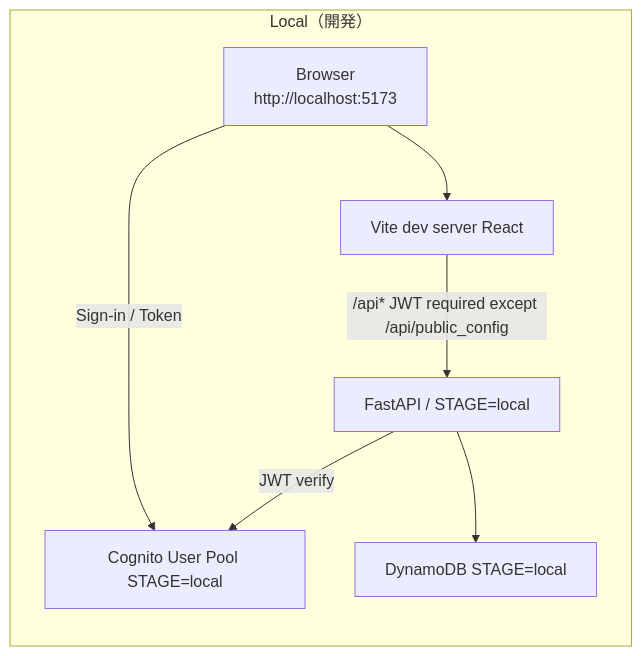
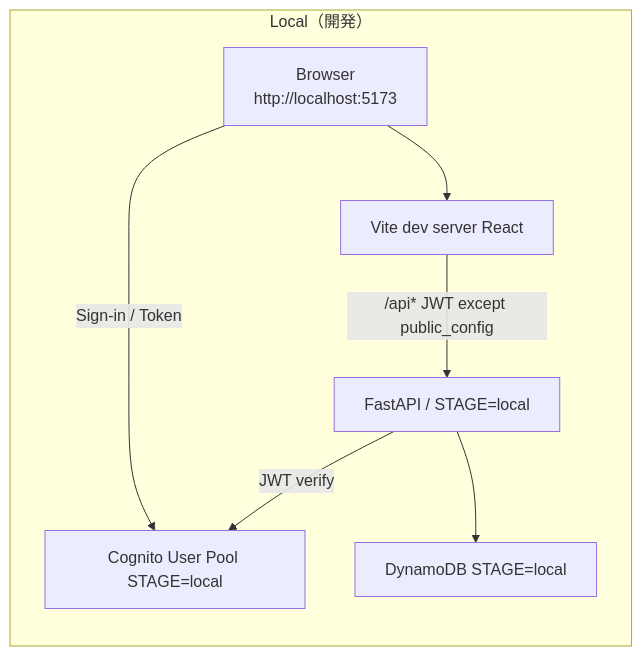
One commit to satoshi999/aws-minimal-serverless-template changed the first of 2 diagrams in README.md. Above: the diagram before and after it, drawn with Mermaid. The commit also changed other lines of this file, not shown here.

First line of the commit message:
Clarify IAM permissions and JWT requirements in README

````diff
--- a/README.md
+++ b/README.md
@@ -120,12 +122,12 @@
 ```mermaid
 flowchart LR
   subgraph Local[Local（開発）]
     B[Browser<br/>http://localhost:5173] --> V[Vite dev server React]
-    V -->|/api* JWT required except /api/public_config| A[FastAPI / STAGE=local]
+    V -->|/api* JWT except public_config| A[FastAPI / STAGE=local]
 
     B -->|Sign-in / Token| C[Cognito User Pool STAGE=local]
     A -->|JWT verify| C
 
     A --> D[DynamoDB STAGE=local]
   end
 ```
````
